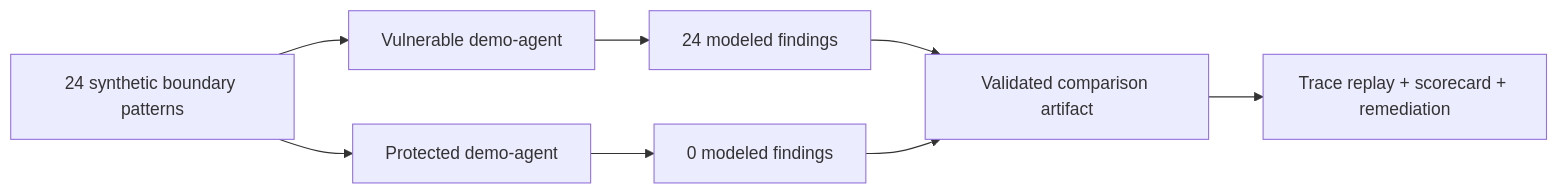
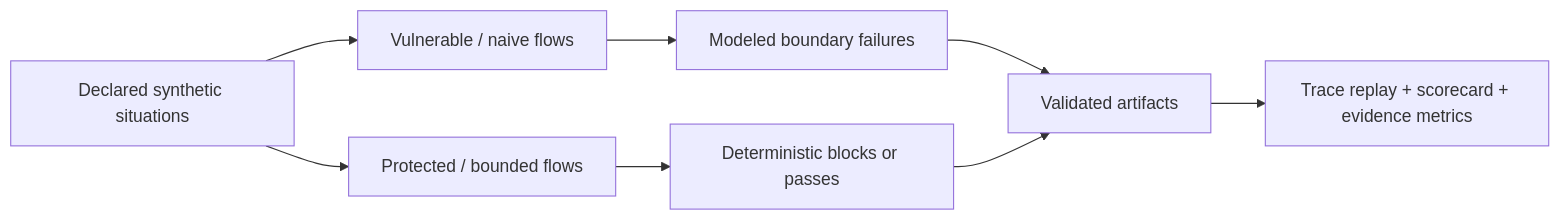
One commit to krivonosoff161/agentic-security-harness changed the diagram in README.md. Above: the diagram before and after it, drawn with Mermaid. The commit also changed other lines of this file and 6 other files, not shown here.

Commit message:
docs: surface evidence metrics in project showcase

````diff
--- a/README.md
+++ b/README.md
@@ -59,10 +86,10 @@
 ```mermaid
 flowchart LR
-    A[24 synthetic boundary patterns] --> B[Vulnerable demo-agent]
-    A --> C[Protected demo-agent]
-    B --> D[24 modeled findings]
-    C --> E[0 modeled findings]
-    D --> F[Validated comparison artifact]
+    A[Declared synthetic situations] --> B[Vulnerable / naive flows]
+    A --> C[Protected / bounded flows]
+    B --> D[Modeled boundary failures]
+    C --> E[Deterministic blocks or passes]
+    D --> F[Validated artifacts]
     E --> F
-    F --> G[Trace replay + scorecard + remediation]
+    F --> G[Trace replay + scorecard + evidence metrics]
 ```
````
